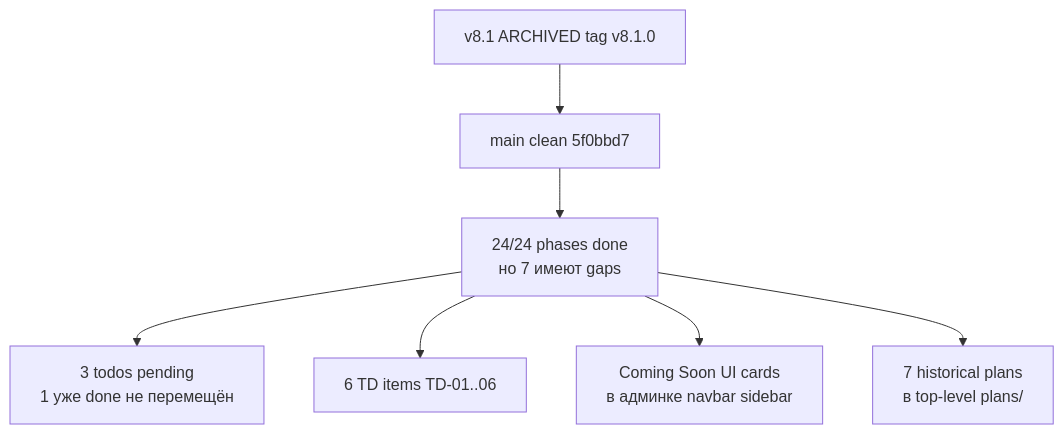
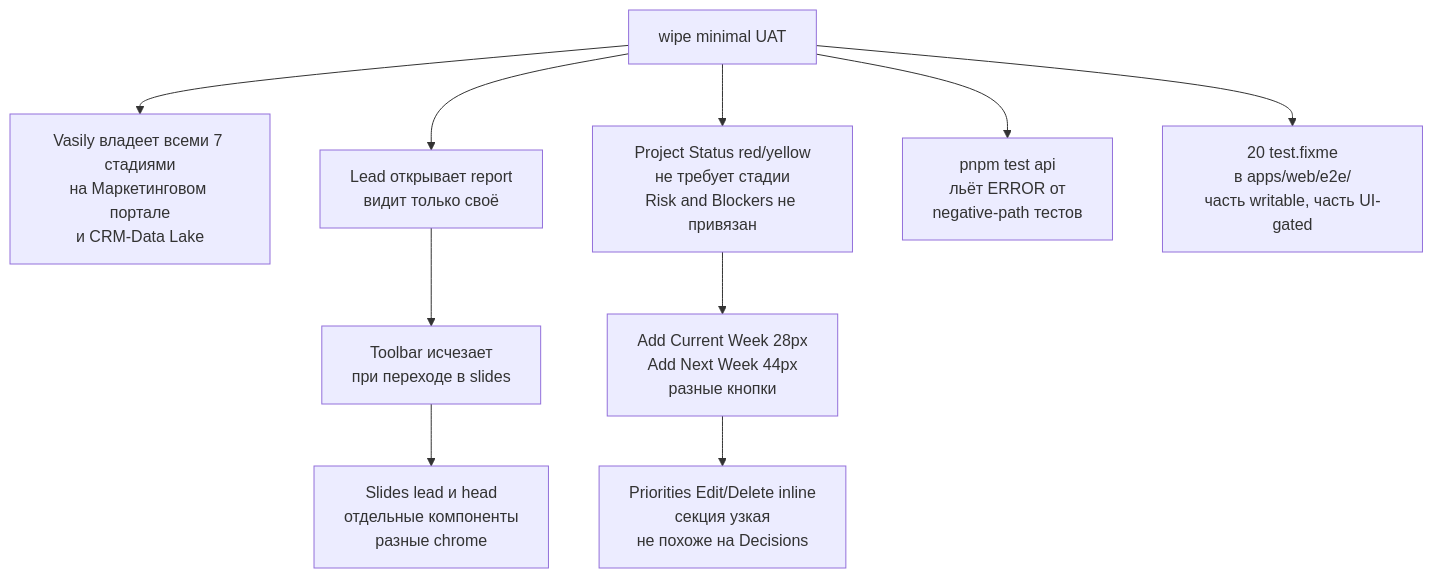
The first of 10 diagrams in .planning/plans/page-feedback-lead-report-a0000000-0000-pure-mist.md (apolenkov/weeklyreport), drawn with Mermaid before and after one commit. The commit also changed other lines of this file and 1 other file, not shown here.

First line of the commit message:
chore(planning): v8.3 pre-UAT closure — STATE.md updated, plan archived

````diff
--- a/.planning/plans/page-feedback-lead-report-a0000000-0000-pure-mist.md
+++ b/.planning/plans/page-feedback-lead-report-a0000000-0000-pure-mist.md
@@ -32,15 +64,13 @@
 ```mermaid
 flowchart TB
-    A[v8.1 ARCHIVED tag v8.1.0]
-    B[main clean 5f0bbd7]
-    C[24/24 phases done<br/>но 7 имеют gaps]
-    D[3 todos pending<br/>1 уже done не перемещён]
-    E[6 TD items TD-01..06]
-    F[Coming Soon UI cards<br/>в админке navbar sidebar]
-    G[7 historical plans<br/>в top-level plans/]
-    A --> B --> C
-    C --> D
-    C --> E
-    C --> F
-    C --> G
+    A[wipe minimal UAT]
+    A --> B[Vasily владеет всеми 7 стадиями<br/>на Маркетинговом портале<br/>и CRM-Data Lake]
+    A --> C[Lead открывает report<br/>видит только своё]
+    C --> D[Toolbar исчезает<br/>при переходе в slides]
+    D --> E[Slides lead и head<br/>отдельные компоненты<br/>разные chrome]
+    A --> H[Project Status red/yellow<br/>не требует стадии<br/>Risk and Blockers не привязан]
+    H --> I[Add Current Week 28px<br/>Add Next Week 44px<br/>разные кнопки]
+    I --> J[Priorities Edit/Delete inline<br/>секция узкая<br/>не похоже на Decisions]
+    A --> F[pnpm test api<br/>льёт ERROR от<br/>negative-path тестов]
+    A --> G[20 test.fixme<br/>в apps/web/e2e/<br/>часть writable, часть UI-gated]
 ```
````
